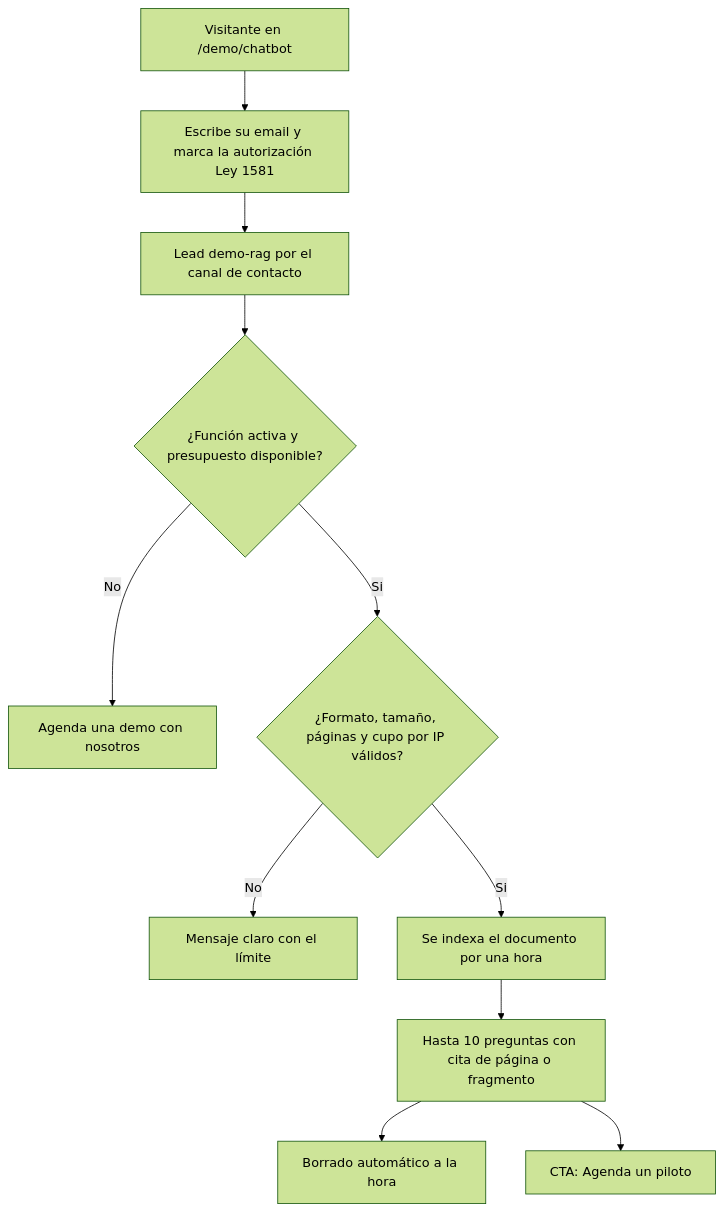
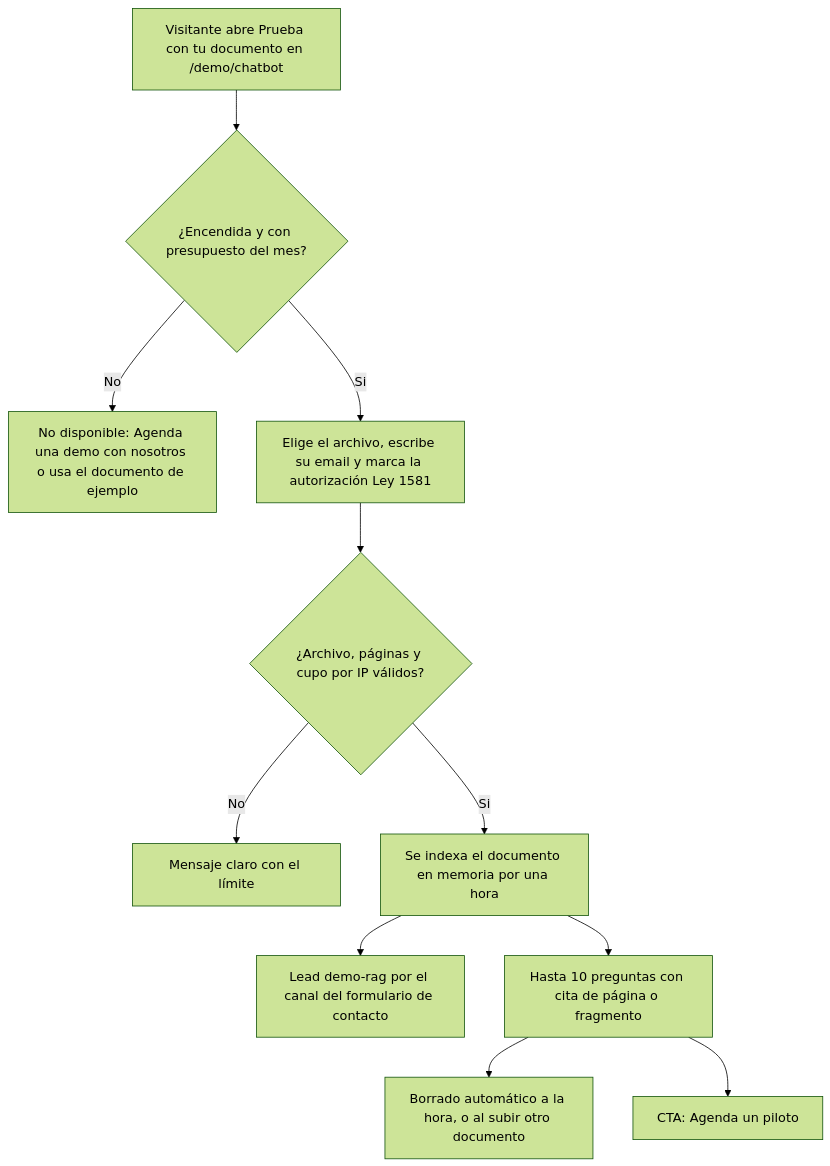
One commit to ronalc90/koptup changed the second of 2 diagrams in docs/wiki/13-Reposicionamiento-RAG.md. Above: the diagram before and after it, drawn with Mermaid (forest theme). The commit also changed other lines of this file and 16 other files, not shown here.

First line of the commit message:
docs(wiki): estado final del reposicionamiento RAG

````diff
--- a/docs/wiki/13-Reposicionamiento-RAG.md
+++ b/docs/wiki/13-Reposicionamiento-RAG.md
@@ -177,13 +214,13 @@
 ```mermaid
 flowchart TD
-  A["Visitante en /demo/chatbot"] --> B["Escribe su email y marca la autorización Ley 1581"]
-  B --> C["Lead demo-rag por el canal de contacto"]
-  C --> D{"¿Función activa y presupuesto disponible?"}
-  D -->|"No"| X["Agenda una demo con nosotros"]
-  D -->|"Si"| E{"¿Formato, tamaño, páginas y cupo por IP válidos?"}
+  A["Visitante abre Prueba con tu documento en /demo/chatbot"] --> B{"¿Encendida y con presupuesto del mes?"}
+  B -->|"No"| X["No disponible: Agenda una demo con nosotros o usa el documento de ejemplo"]
+  B -->|"Si"| C["Elige el archivo, escribe su email y marca la autorización Ley 1581"]
+  C --> E{"¿Archivo, páginas y cupo por IP válidos?"}
   E -->|"No"| F["Mensaje claro con el límite"]
-  E -->|"Si"| G["Se indexa el documento por una hora"]
+  E -->|"Si"| G["Se indexa el documento en memoria por una hora"]
+  G --> L["Lead demo-rag por el canal del formulario de contacto"]
   G --> H["Hasta 10 preguntas con cita de página o fragmento"]
-  H --> I["Borrado automático a la hora"]
+  H --> I["Borrado automático a la hora, o al subir otro documento"]
   H --> J["CTA: Agenda un piloto"]
 ```
````
